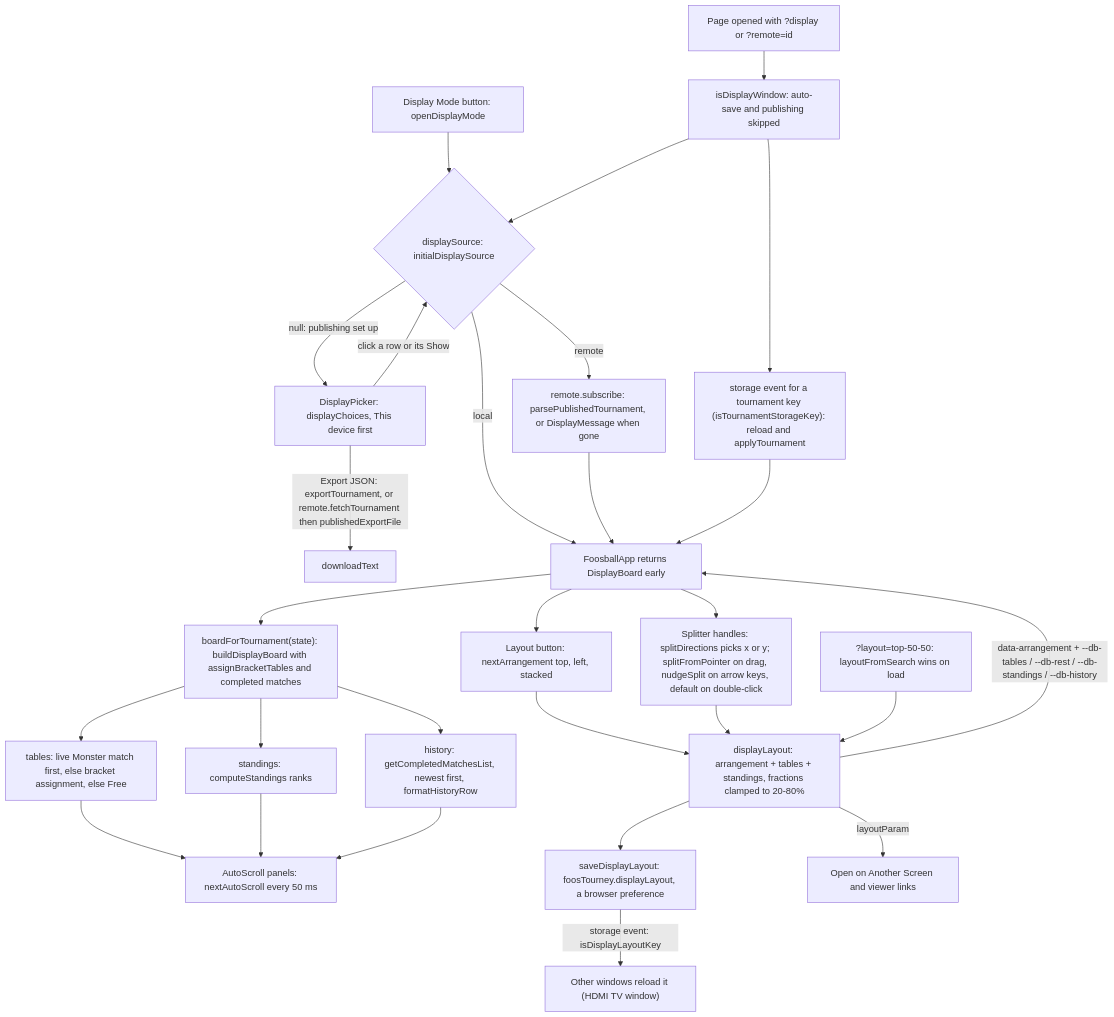
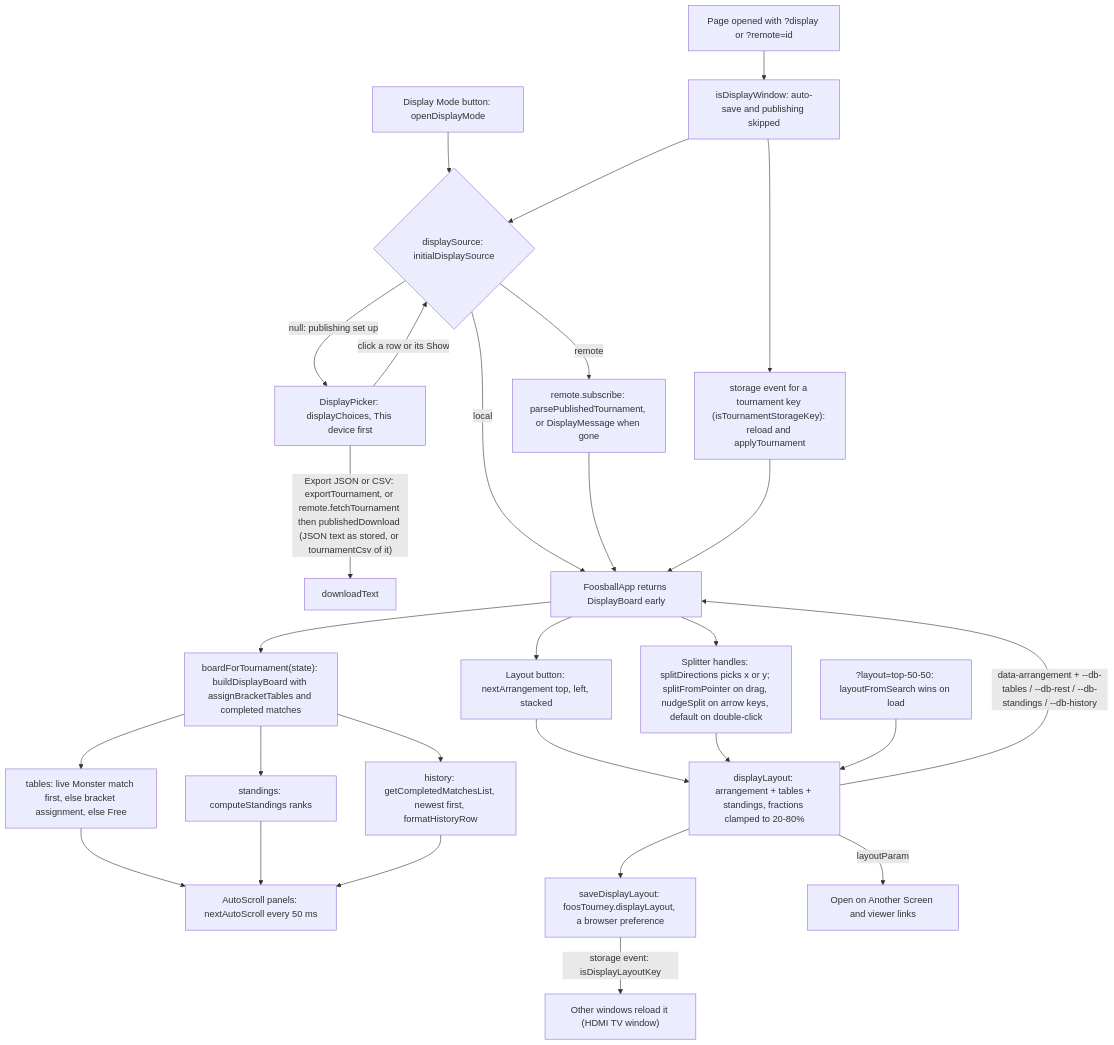
One commit to DT209/foos-tourney changed diagram 11 of 12 in .claude/Flow.md. Above: the diagram before and after it, drawn with Mermaid. The commit also changed other lines of this file and 7 other files, not shown here.

First line of the commit message:
Display Mode list: published JSON exported as stored; Export CSV per row

````diff
--- a/.claude/Flow.md
+++ b/.claude/Flow.md
@@ -249,30 +249,30 @@
 ```mermaid
 flowchart TD
     BTN["Display Mode button: openDisplayMode"] --> SRC
     URL["Page opened with ?display or ?remote=id"] --> DW["isDisplayWindow: auto-save and publishing skipped"]
     DW --> SRC{"displaySource: initialDisplaySource"}
     SRC -->|"null: publishing set up"| PK["DisplayPicker: displayChoices, This device first"]
     PK -->|"click a row or its Show"| SRC
-    PK -->|"Export JSON: exportTournament, or remote.fetchTournament then publishedExportFile"| DL["downloadText"]
+    PK -->|"Export JSON or CSV: exportTournament, or remote.fetchTournament then publishedDownload (JSON text as stored, or tournamentCsv of it)"| DL["downloadText"]
     SRC -->|"remote"| SUB["remote.subscribe: parsePublishedTournament, or DisplayMessage when gone"]
     SRC -->|"local"| RENDER["FoosballApp returns DisplayBoard early"]
     SUB --> RENDER
     RENDER --> BB["boardForTournament(state): buildDisplayBoard with assignBracketTables and completed matches"]
     BB --> T["tables: live Monster match first, else bracket assignment, else Free"]
     BB --> S["standings: computeStandings ranks"]
     BB --> H["history: getCompletedMatchesList, newest first, formatHistoryRow"]
     T --> AS["AutoScroll panels: nextAutoScroll every 50 ms"]
     S --> AS
     H --> AS
     DW --> SE["storage event for a tournament key (isTournamentStorageKey): reload and applyTournament"]
     SE --> RENDER
     RENDER --> SP["Splitter handles: splitDirections picks x or y; splitFromPointer on drag, nudgeSplit on arrow keys, default on double-click"]
     RENDER --> LB["Layout button: nextArrangement top, left, stacked"]
     LB --> LY
     SP --> LY["displayLayout: arrangement + tables + standings, fractions clamped to 20-80%"]
     LY -->|"data-arrangement + --db-tables / --db-rest / --db-standings / --db-history"| RENDER
     LY --> SV["saveDisplayLayout: foosTourney.displayLayout, a browser preference"]
     SV -->|"storage event: isDisplayLayoutKey"| OW["Other windows reload it (HDMI TV window)"]
     URLL["?layout=top-50-50: layoutFromSearch wins on load"] --> LY
     LY -->|"layoutParam"| LINKS["Open on Another Screen and viewer links"]
 ```
````
